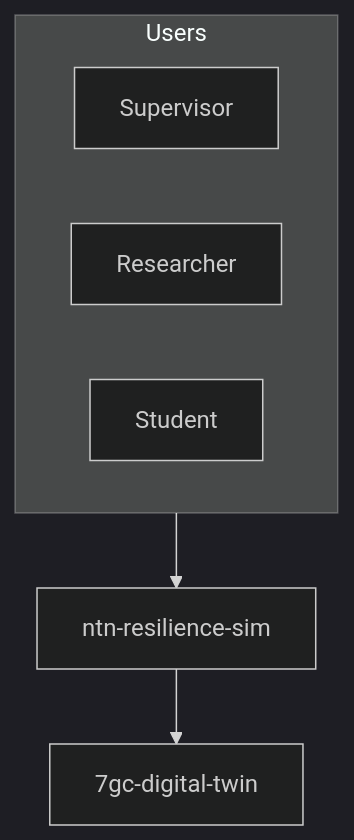
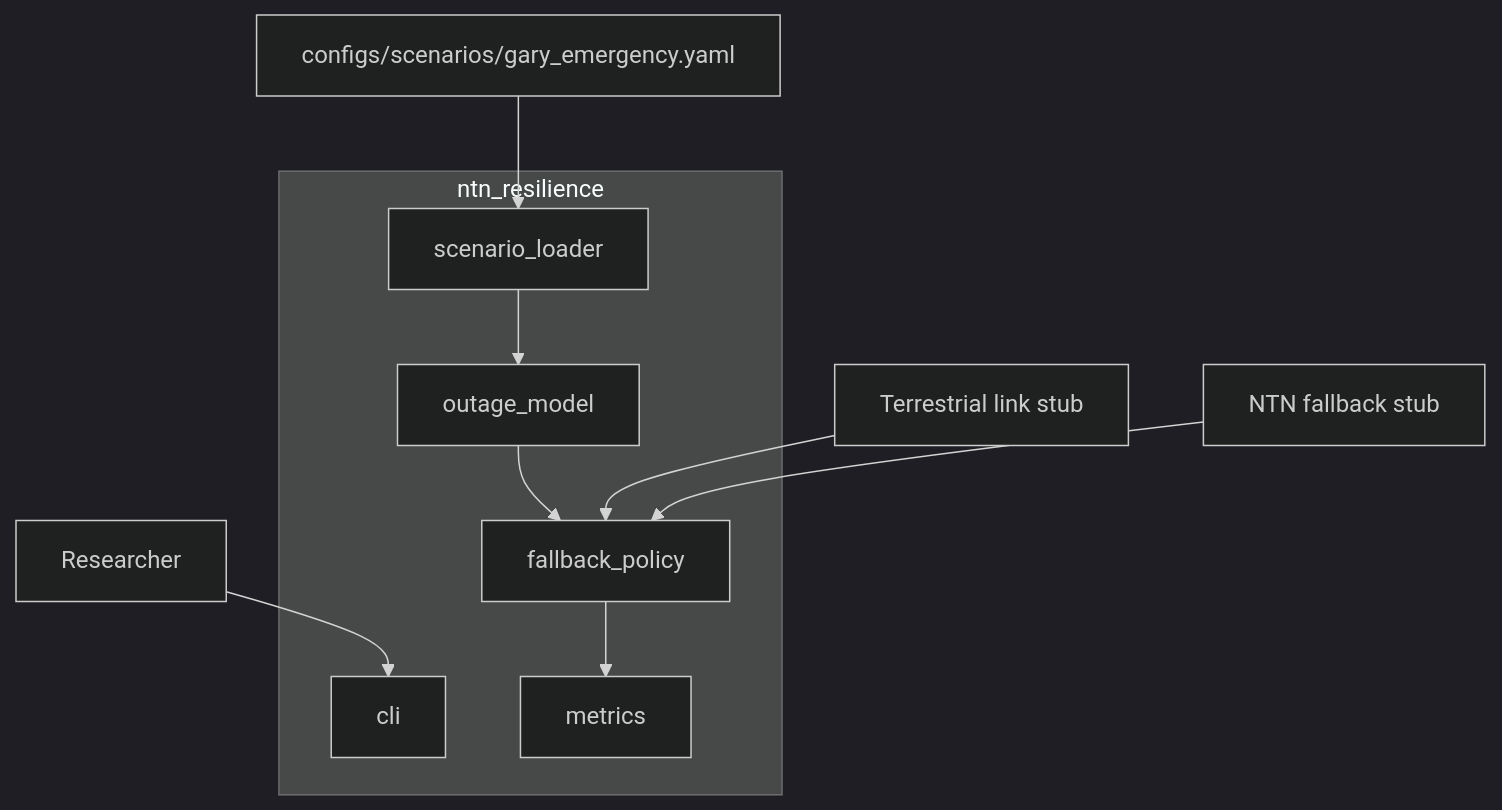
One commit to gunnchOS3k/ntn-resilience-sim changed the diagram in docs/diagrams/context.mmd. Above: the diagram before and after it, drawn with Mermaid (dark theme). The commit also changed 27 other files, not shown here.

First line of the commit message:
Issue audit pass: repo-specific diagrams, review-ready papers, ISSUE_AUDIT

```diff
--- a/docs/diagrams/context.mmd
+++ b/docs/diagrams/context.mmd
@@ -1,10 +1,19 @@
 flowchart TB
-  subgraph users [Users]
-    SUP[Supervisor]
-    RES[Researcher]
-    STU[Student]
+  RES[Researcher]
+  subgraph SYS[ntn_resilience]
+    CLI[cli]
+    SC[scenario_loader]
+    OUT_M[outage_model]
+    FB[fallback_policy]
+    MET[metrics]
   end
-  SYS[ntn-resilience-sim]
-  TWIN[7gc-digital-twin]
-  users --> SYS
-  SYS --> TWIN
+  CFG[configs/scenarios/gary_emergency.yaml]
+  TER[Terrestrial link stub]
+  NTN[NTN fallback stub]
+  RES --> CLI
+  CFG --> SC
+  SC --> OUT_M
+  OUT_M --> FB
+  FB --> MET
+  TER --> FB
+  NTN --> FB
```
